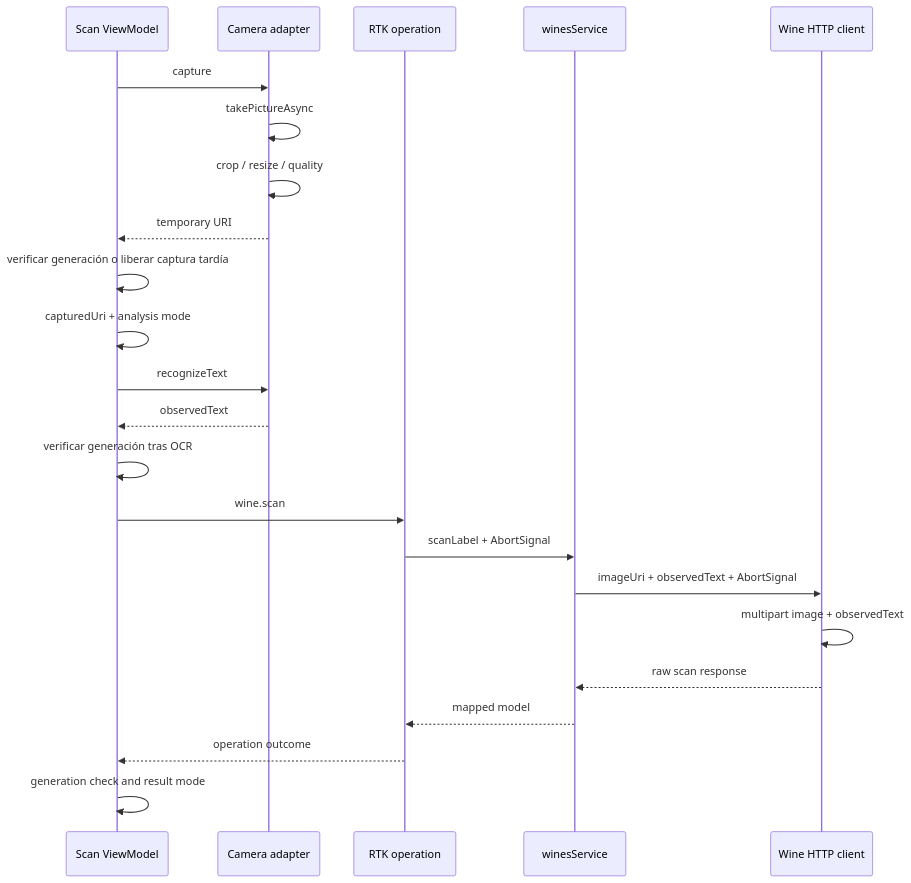
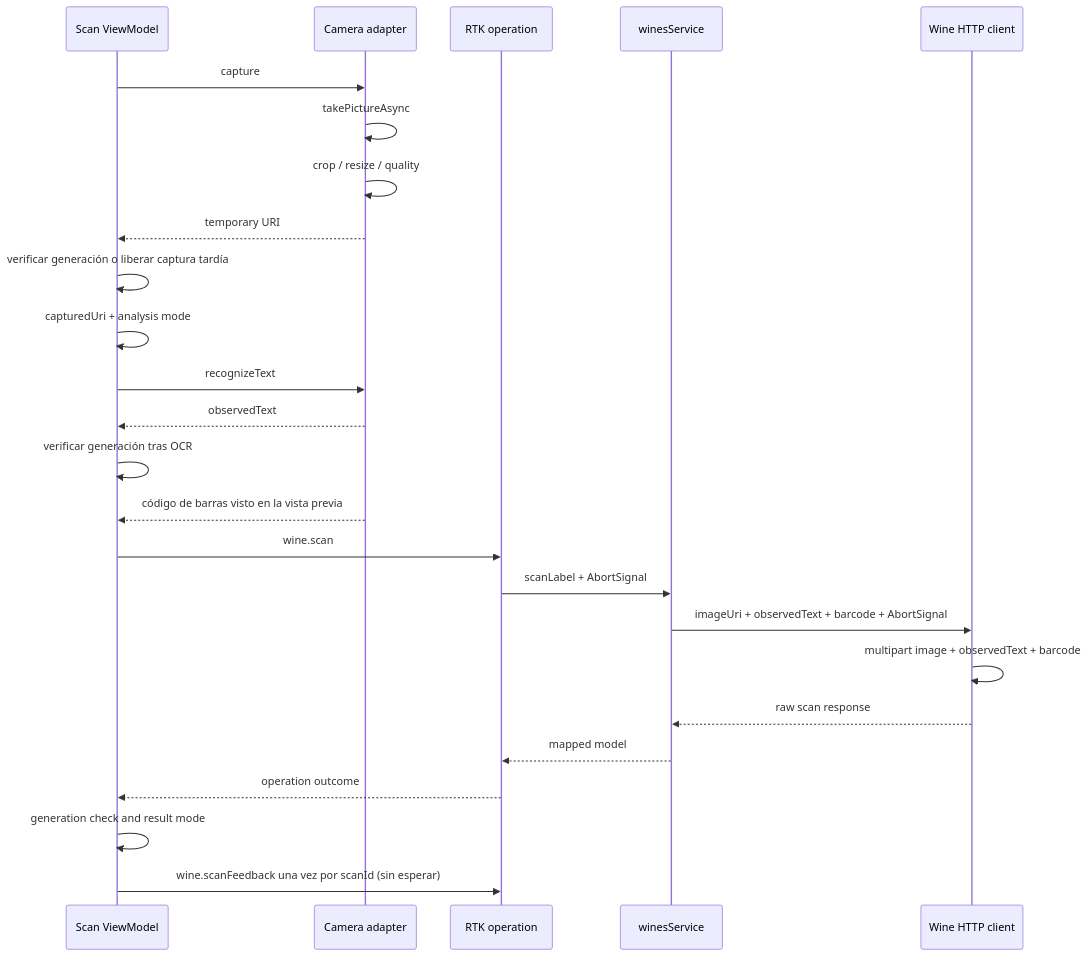
One commit to Bielaszczuk/vinnot-demo changed the second of 3 diagrams in docs/es/frontend-mobile/diagrams/wine-label-scan.md. Above: the diagram before and after it, drawn with Mermaid. The commit also changed other lines of this file and 218 other files, not shown here.

````diff
--- a/docs/es/frontend-mobile/diagrams/wine-label-scan.md
+++ b/docs/es/frontend-mobile/diagrams/wine-label-scan.md
@@ -38,25 +44,27 @@
 ```mermaid
 sequenceDiagram
     participant V as Scan ViewModel
     participant C as Camera adapter
     participant Q as RTK operation
     participant S as winesService
     participant H as Wine HTTP client
     V->>C: capture
     C->>C: takePictureAsync
     C->>C: crop / resize / quality
     C-->>V: temporary URI
     V->>V: verificar generación o liberar captura tardía
     V->>V: capturedUri + analysis mode
     V->>C: recognizeText
     C-->>V: observedText
     V->>V: verificar generación tras OCR
+    C-->>V: código de barras visto en la vista previa
     V->>Q: wine.scan
     Q->>S: scanLabel + AbortSignal
-    S->>H: imageUri + observedText + AbortSignal
-    H->>H: multipart image + observedText
+    S->>H: imageUri + observedText + barcode + AbortSignal
+    H->>H: multipart image + observedText + barcode
     H-->>S: raw scan response
     S-->>Q: mapped model
     Q-->>V: operation outcome
     V->>V: generation check and result mode
+    V->>Q: wine.scanFeedback una vez por scanId (sin esperar)
 ```
````
